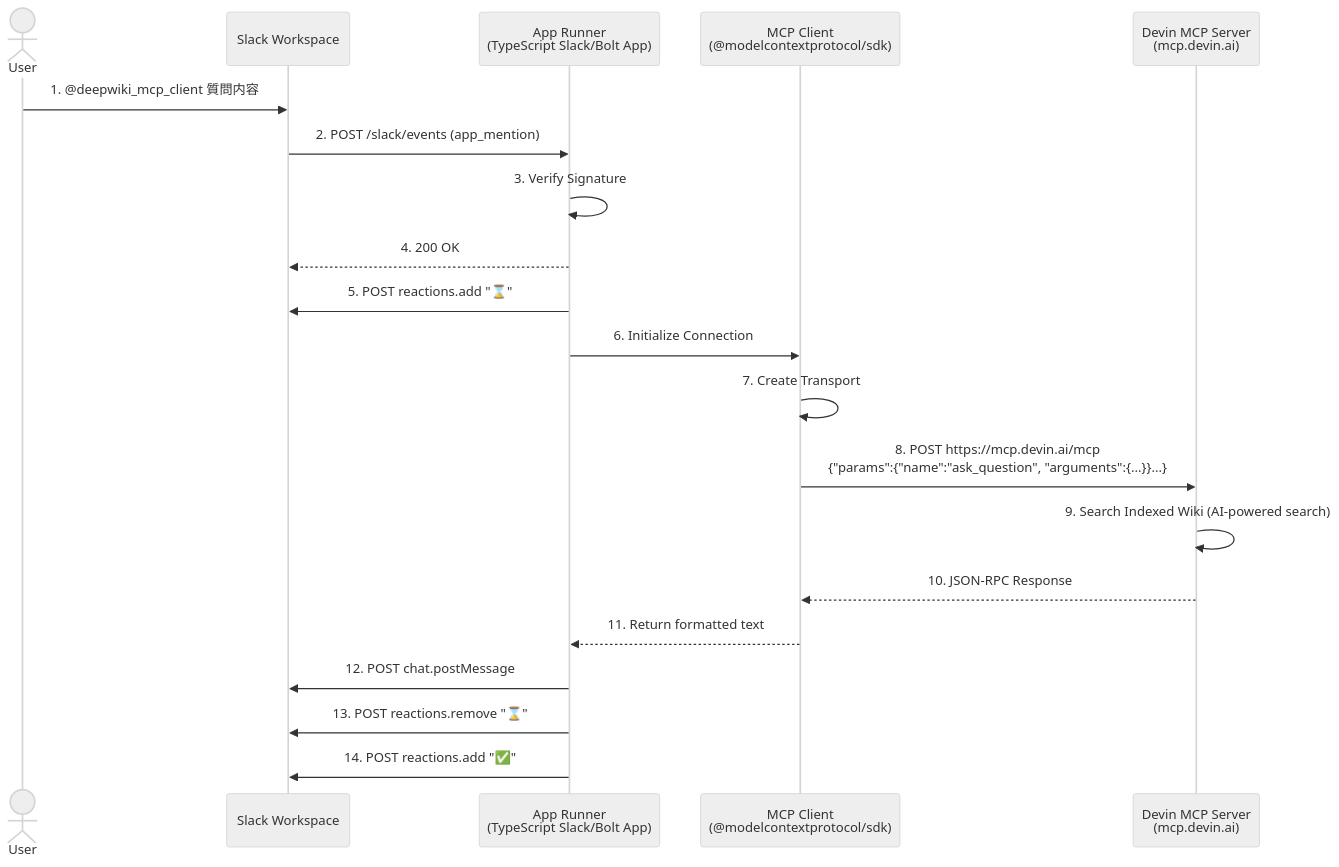
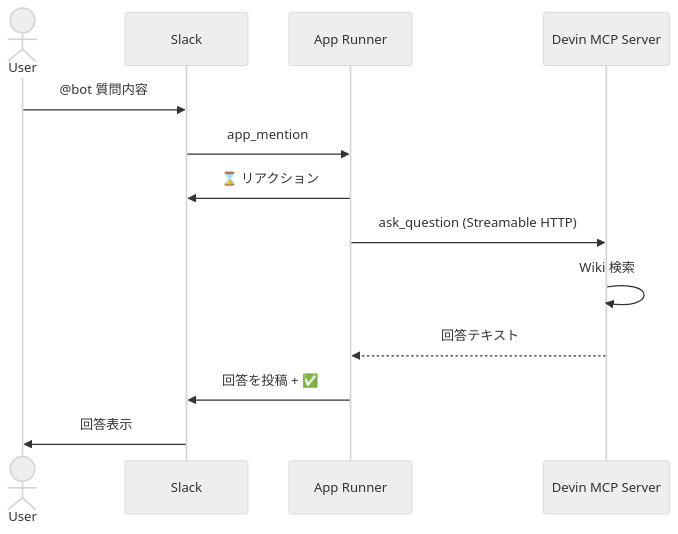
The second of 2 diagrams in decks/202602-lt-devin-wiki-mcp/slides.md (malleroid/slides), drawn with Mermaid (neutral theme) before and after one commit. The commit also changed other lines of this file, not shown here.

Commit message:
⚡ lt-devin: simplify architecture and flow diagrams, remove ToC

````diff
--- a/decks/202602-lt-devin-wiki-mcp/slides.md
+++ b/decks/202602-lt-devin-wiki-mcp/slides.md
@@ -135,23 +124,16 @@
-```mermaid {scale: 0.35}
+```mermaid {scale: 0.55}
 sequenceDiagram
     actor User
-    participant Slack as Slack Workspace
-    participant App as App Runner<br/>(TypeScript Slack/Bolt App)
-    participant MCP as MCP Client<br/>(@modelcontextprotocol/sdk)
-    participant Devin as Devin MCP Server<br/>(mcp.devin.ai)
+    participant Slack
+    participant App as App Runner
+    participant Devin as Devin MCP Server
 
-    User->>Slack: 1. @deepwiki_mcp_client 質問内容
-    Slack->>App: 2. POST /slack/events (app_mention)
-    App->>App: 3. Verify Signature
-    App-->>Slack: 4. 200 OK
-    App->>Slack: 5. POST reactions.add "⌛️"
-    App->>MCP: 6. Initialize Connection
-    MCP->>MCP: 7. Create Transport
-    MCP->>Devin: 8. POST https://mcp.devin.ai/mcp<br/>{"params":{"name":"ask_question", "arguments":{...}}...}
-    Devin->>Devin: 9. Search Indexed Wiki (AI-powered search)
-    Devin-->>MCP: 10. JSON-RPC Response
-    MCP-->>App: 11. Return formatted text
-    App->>Slack: 12. POST chat.postMessage
-    App->>Slack: 13. POST reactions.remove "⌛️"
-    App->>Slack: 14. POST reactions.add "✅"
+    User->>Slack: @bot 質問内容
+    Slack->>App: app_mention
+    App->>Slack: ⌛️ リアクション
+    App->>Devin: ask_question (Streamable HTTP)
+    Devin->>Devin: Wiki 検索
+    Devin-->>App: 回答テキスト
+    App->>Slack: 回答を投稿 + ✅
+    Slack->>User: 回答表示
 ```
````
